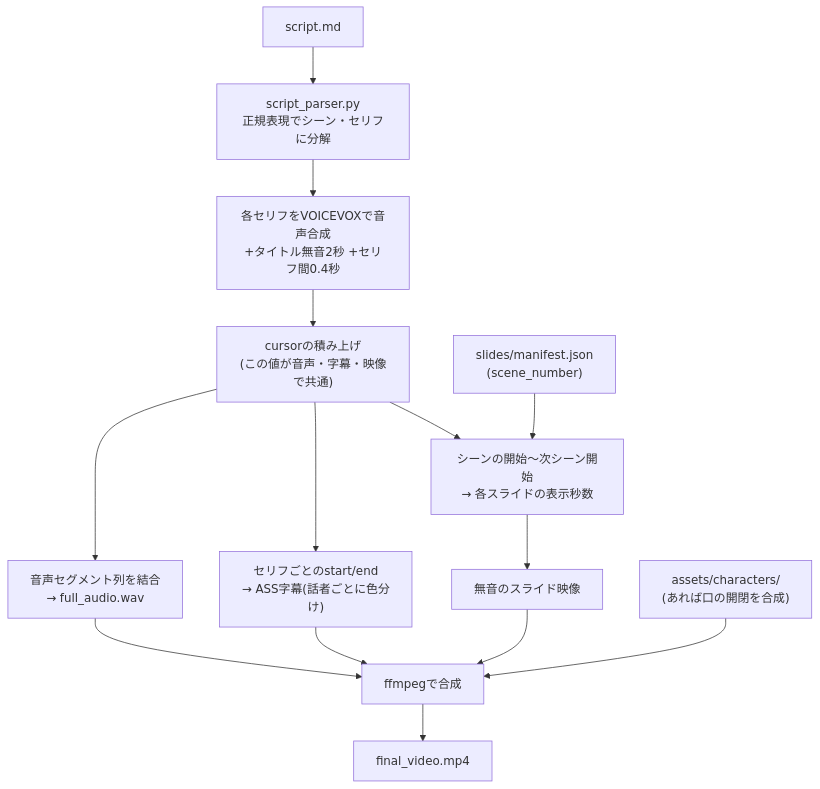
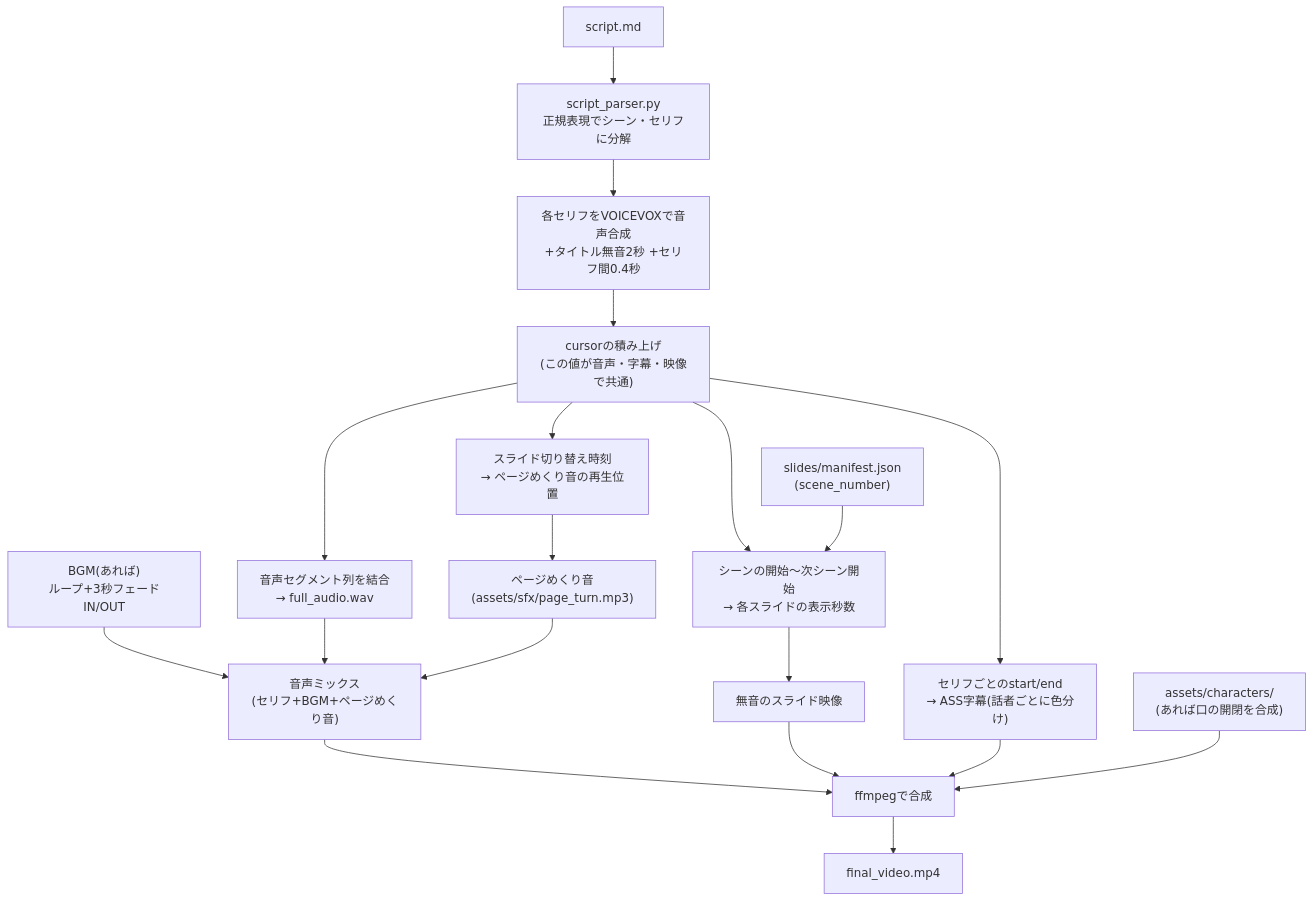
One commit to Ken-kichi/video-pipeline changed the third of 3 diagrams in README.md. Above: the diagram before and after it, drawn with Mermaid. The commit also changed other lines of this file and 7 other files, not shown here.

````diff
--- a/README.md
+++ b/README.md
@@ -220,16 +255,21 @@
 ```mermaid
 flowchart TD
     ScriptMd["script.md"] --> Parse["script_parser.py<br/>正規表現でシーン・セリフに分解"]
     Parse --> Synth["各セリフをVOICEVOXで音声合成<br/>+タイトル無音2秒 +セリフ間0.4秒"]
     Synth --> Cursor["cursorの積み上げ<br/>(この値が音声・字幕・映像で共通)"]
     Cursor --> AudioTrack["音声セグメント列を結合<br/>→ full_audio.wav"]
     Cursor --> SubtitleTiming["セリフごとのstart/end<br/>→ ASS字幕(話者ごとに色分け)"]
     Cursor --> VisualTiming["シーンの開始〜次シーン開始<br/>→ 各スライドの表示秒数"]
+    Cursor --> Transitions["スライド切り替え時刻<br/>→ ページめくり音の再生位置"]
     SlidesManifest["slides/manifest.json<br/>(scene_number)"] --> VisualTiming
     VisualTiming --> SilentVideo["無音のスライド映像"]
-    AudioTrack --> Merge["ffmpegで合成"]
+    BGM["BGM(あれば)<br/>ループ+3秒フェードIN/OUT"] --> Mix["音声ミックス<br/>(セリフ+BGM+ページめくり音)"]
+    AudioTrack --> Mix
+    Transitions --> SFX["ページめくり音<br/>(assets/sfx/page_turn.mp3)"]
+    SFX --> Mix
+    Mix --> Merge["ffmpegで合成"]
     SilentVideo --> Merge
     SubtitleTiming --> Merge
     CharAssets["assets/characters/<br/>(あれば口の開閉を合成)"] --> Merge
     Merge --> Final["final_video.mp4"]
 ```
````
